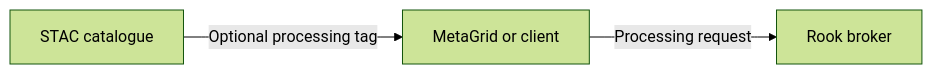
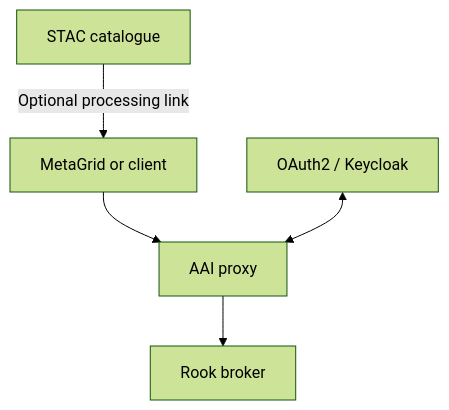
Before and after one commit to roocs/rook: the sixth of 6 diagrams in Rook_WPS_ESGF2_talk_draft.md, drawn with Mermaid (forest theme). The commit also changed other lines of this file, not shown here.

Commit message:
update rook talk

````diff
--- a/Rook_WPS_ESGF2_talk_draft.md
+++ b/Rook_WPS_ESGF2_talk_draft.md
@@ -174,5 +197,7 @@
 ```mermaid
-flowchart LR
-    STAC["STAC catalogue"] -->|"Optional processing tag"| Portal["MetaGrid or client"]
-    Portal -->|"Processing request"| Broker["Rook broker"]
+flowchart TD
+    STAC["STAC catalogue"] -->|"Optional processing link"| Portal["MetaGrid or client"]
+    Portal --> Proxy["AAI proxy"]
+    Keycloak["OAuth2 / Keycloak"] <--> Proxy
+    Proxy --> Broker["Rook broker"]
 ```
````
